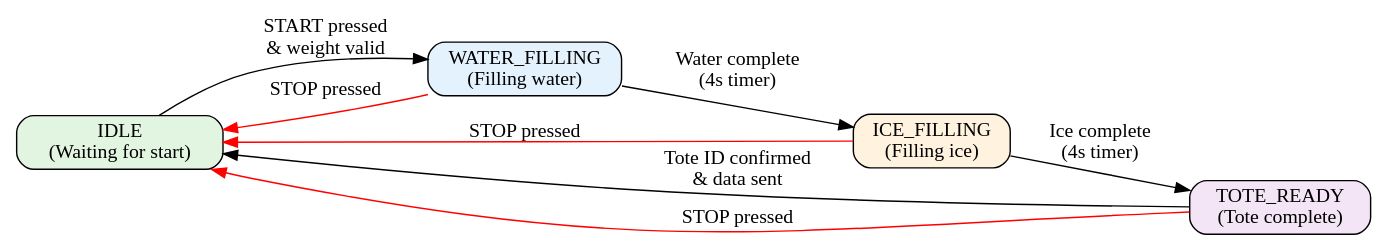
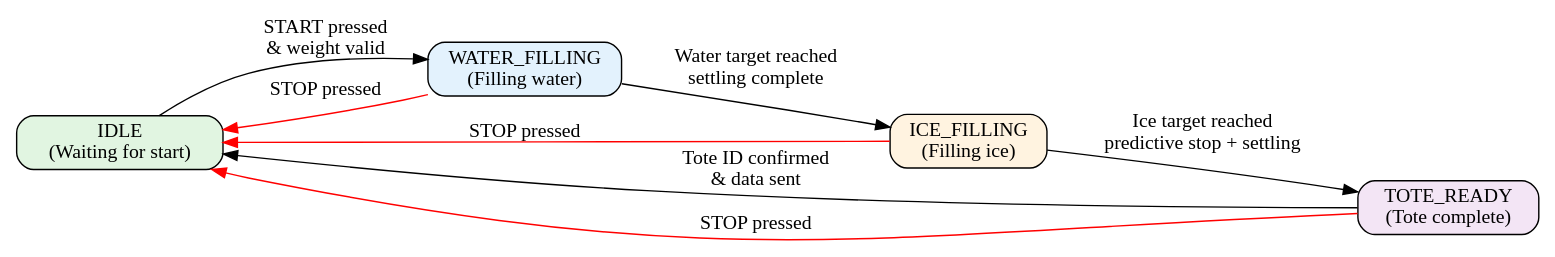
The first of 3 diagrams in README.md (ayam-brand-IOT/Tote_outbound), drawn with Graphviz before and after one commit. The commit also changed other lines of this file and 10 other files, not shown here.

````diff
--- a/README.md
+++ b/README.md
@@ -45,20 +45,20 @@
 ```dot
 digraph ControllerStates {
     rankdir=LR;
     node [shape=box, style=rounded];
     
     IDLE [label="IDLE\n(Waiting for start)", style="rounded,filled", fillcolor="#e1f5e1"];
     WATER_FILLING [label="WATER_FILLING\n(Filling water)", style="rounded,filled", fillcolor="#e3f2fd"];
     ICE_FILLING [label="ICE_FILLING\n(Filling ice)", style="rounded,filled", fillcolor="#fff3e0"];
     TOTE_READY [label="TOTE_READY\n(Tote complete)", style="rounded,filled", fillcolor="#f3e5f5"];
     
     IDLE -> WATER_FILLING [label="START pressed\n& weight valid"];
-    WATER_FILLING -> ICE_FILLING [label="Water complete\n(4s timer)"];
-    ICE_FILLING -> TOTE_READY [label="Ice complete\n(4s timer)"];
+    WATER_FILLING -> ICE_FILLING [label="Water target reached\nsettling complete"];
+    ICE_FILLING -> TOTE_READY [label="Ice target reached\npredictive stop + settling"];
     TOTE_READY -> IDLE [label="Tote ID confirmed\n& data sent"];
     
     WATER_FILLING -> IDLE [label="STOP pressed", color=red];
     ICE_FILLING -> IDLE [label="STOP pressed", color=red];
     TOTE_READY -> IDLE [label="STOP pressed", color=red];
 }
 ```
````
